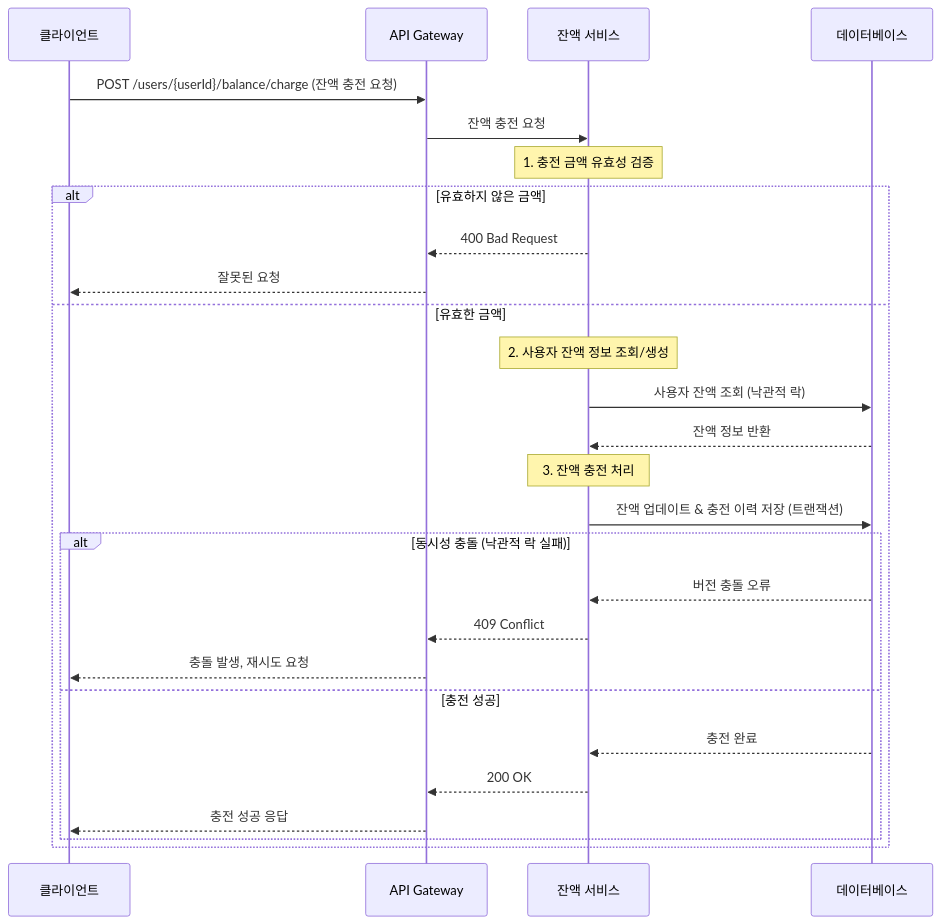
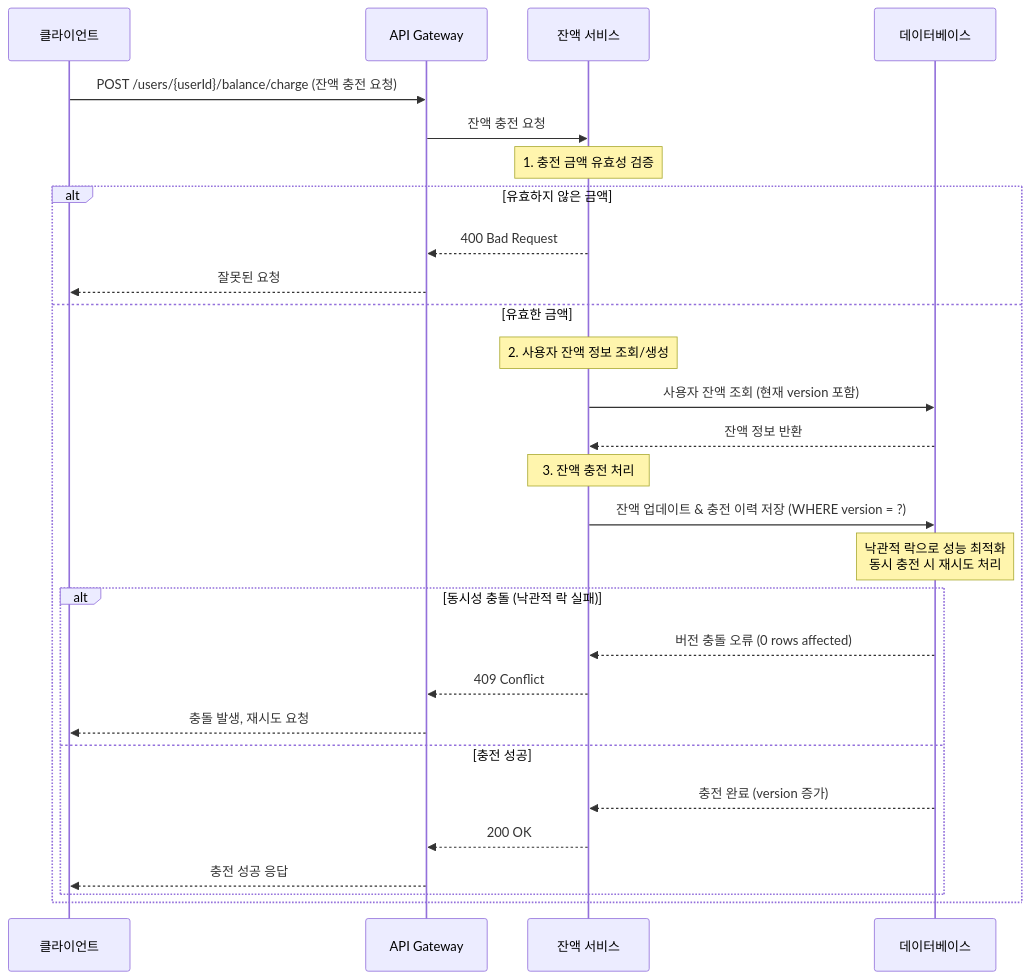
The third of 4 diagrams in docs/sequence_diagram.md (dltlaos11/ecommerce-spring-boot), drawn with Mermaid before and after one commit. The commit also changed other lines of this file and 1 other file, not shown here.

First line of the commit message:
refactor: ERD와 시퀀스 다이어그램 락 전략 일관성 개선

````diff
--- a/docs/sequence_diagram.md
+++ b/docs/sequence_diagram.md
@@ -152,33 +164,34 @@
 ```mermaid
 sequenceDiagram
     participant Client as 클라이언트
     participant API as API Gateway
     participant BalanceService as 잔액 서비스
     participant DB as 데이터베이스
 
     Client->>API: POST /users/{userId}/balance/charge (잔액 충전 요청)
     API->>BalanceService: 잔액 충전 요청
 
     Note over BalanceService: 1. 충전 금액 유효성 검증
     alt 유효하지 않은 금액
         BalanceService-->>API: 400 Bad Request
         API-->>Client: 잘못된 요청
     else 유효한 금액
         Note over BalanceService: 2. 사용자 잔액 정보 조회/생성
-        BalanceService->>DB: 사용자 잔액 조회 (낙관적 락)
+        BalanceService->>DB: 사용자 잔액 조회 (현재 version 포함)
         DB-->>BalanceService: 잔액 정보 반환
 
         Note over BalanceService: 3. 잔액 충전 처리
-        BalanceService->>DB: 잔액 업데이트 & 충전 이력 저장 (트랜잭션)
+        BalanceService->>DB: 잔액 업데이트 & 충전 이력 저장 (WHERE version = ?)
+        Note over DB: 낙관적 락으로 성능 최적화<br/>동시 충전 시 재시도 처리
 
         alt 동시성 충돌 (낙관적 락 실패)
-            DB-->>BalanceService: 버전 충돌 오류
+            DB-->>BalanceService: 버전 충돌 오류 (0 rows affected)
             BalanceService-->>API: 409 Conflict
             API-->>Client: 충돌 발생, 재시도 요청
         else 충전 성공
-            DB-->>BalanceService: 충전 완료
+            DB-->>BalanceService: 충전 완료 (version 증가)
             BalanceService-->>API: 200 OK
             API-->>Client: 충전 성공 응답
         end
     end
 ```
````
